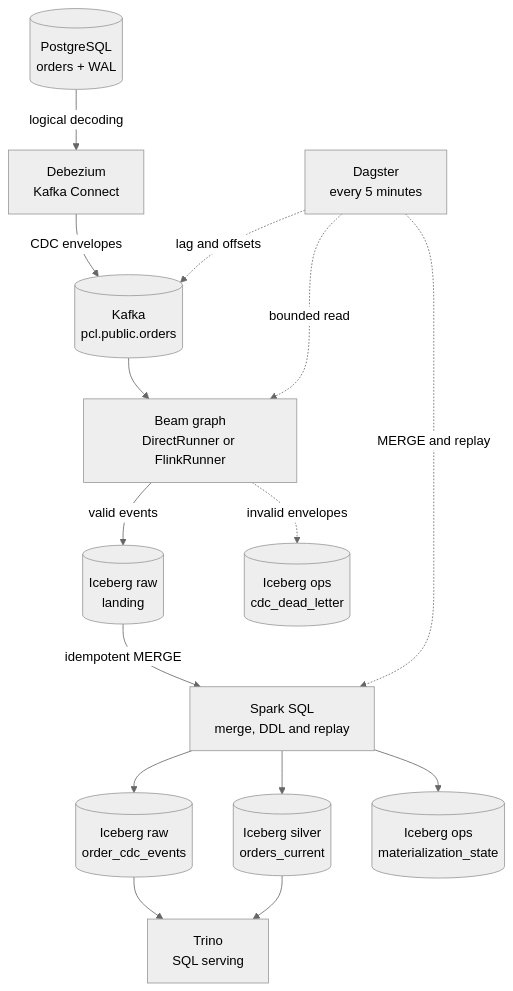
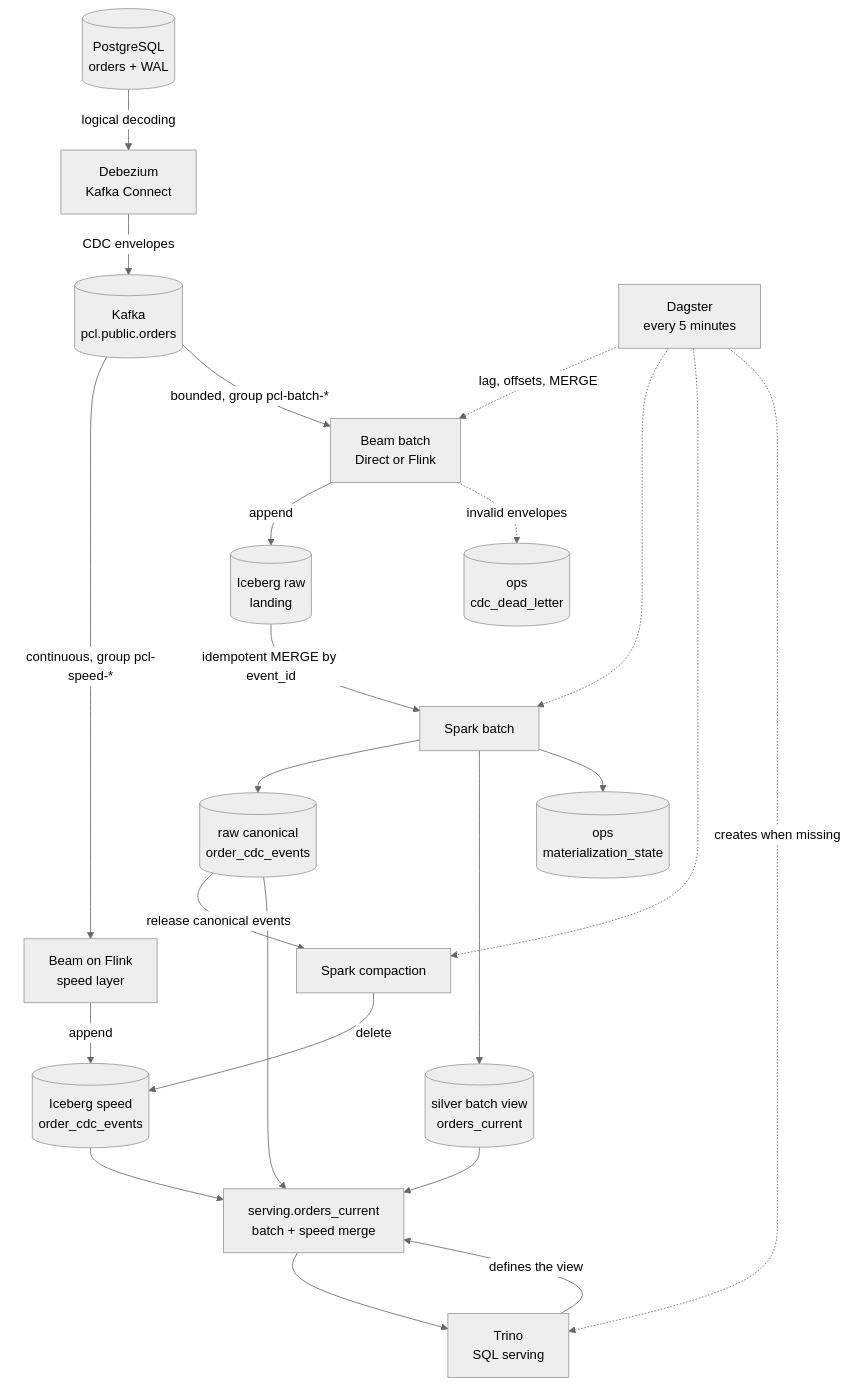
One commit to sergio11/portable_cdc_lakehouse_poc changed the first of 2 diagrams in README.md. Above: the diagram before and after it, drawn with Mermaid (neutral theme). The commit also changed other lines of this file, not shown here.

Commit message:
docs(readme): document the lambda layers and the serving merge

````diff
--- a/README.md
+++ b/README.md
@@ -51,21 +58,31 @@
 ```mermaid
 flowchart TD
     PG[(PostgreSQL<br/>orders + WAL)] -->|logical decoding| DBZ[Debezium<br/>Kafka Connect]
     DBZ -->|CDC envelopes| K[(Kafka<br/>pcl.public.orders)]
-    K --> BEAM[Beam graph<br/>DirectRunner or FlinkRunner]
 
-    BEAM -->|valid events| LANDING[(Iceberg raw<br/>landing)]
-    BEAM -.->|invalid envelopes| DLQ[(Iceberg ops<br/>cdc_dead_letter)]
+    K -->|continuous, group pcl-speed-*| SPEED[Beam on Flink<br/>speed layer]
+    K -->|bounded, group pcl-batch-*| BATCH[Beam batch<br/>Direct or Flink]
 
-    LANDING -->|idempotent MERGE| SPARK[Spark SQL<br/>merge, DDL and replay]
-    SPARK --> RAW[(Iceberg raw<br/>order_cdc_events)]
-    SPARK --> SILVER[(Iceberg silver<br/>orders_current)]
-    SPARK --> STATE[(Iceberg ops<br/>materialization_state)]
+    SPEED -->|append| SPEEDT[(Iceberg speed<br/>order_cdc_events)]
+    BATCH -->|append| LANDING[(Iceberg raw<br/>landing)]
+    BATCH -.->|invalid envelopes| DLQ[(ops<br/>cdc_dead_letter)]
 
-    RAW --> TRINO[Trino<br/>SQL serving]
-    SILVER --> TRINO
+    LANDING -->|idempotent MERGE by event_id| SPARK[Spark batch]
+    SPARK --> RAW[(raw canonical<br/>order_cdc_events)]
+    SPARK --> SILVER[(silver batch view<br/>orders_current)]
+    SPARK --> STATE[(ops<br/>materialization_state)]
 
-    DAG[Dagster<br/>every 5 minutes] -.->|lag and offsets| K
-    DAG -.->|bounded read| BEAM
-    DAG -.->|MERGE and replay| SPARK
+    RAW -->|release canonical events| COMPACT[Spark compaction]
+    COMPACT -->|delete| SPEEDT
+
+    RAW --> VIEW[serving.orders_current<br/>batch + speed merge]
+    SILVER --> VIEW
+    SPEEDT --> VIEW
+    TRINO[Trino<br/>SQL serving] -->|defines the view| VIEW
+    VIEW --> TRINO
+
+    DAG[Dagster<br/>every 5 minutes] -.->|lag, offsets, MERGE| BATCH
+    DAG -.-> SPARK
+    DAG -.-> COMPACT
+    DAG -.->|creates when missing| TRINO
 ```
````
